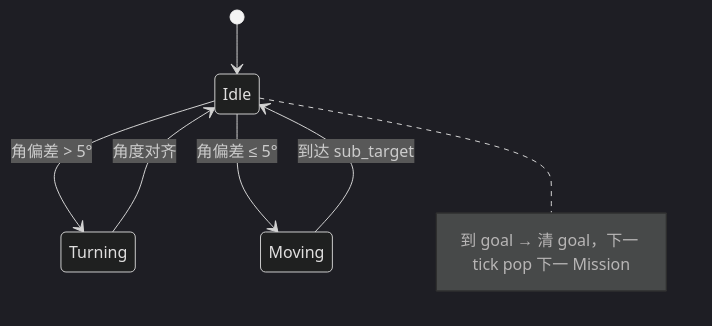
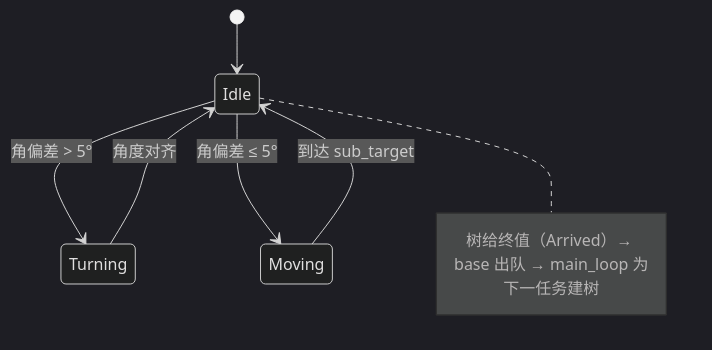
One commit to LYK-ce/Pleiades changed the third of 6 diagrams in Architecture/robot_arch.md. Above: the diagram before and after it, drawn with Mermaid (dark theme). The commit also changed other lines of this file and 73 other files, not shown here.

````diff
--- a/Architecture/robot_arch.md
+++ b/Architecture/robot_arch.md
@@ -181,9 +208,9 @@
 ```mermaid
 stateDiagram-v2
     [*] --> Idle
     Idle --> Turning : 角偏差 > 5°
     Idle --> Moving : 角偏差 ≤ 5°
     Turning --> Idle : 角度对齐
     Moving --> Idle : 到达 sub_target
-    note right of Idle : 到 goal → 清 goal，下一 tick pop 下一 Mission
+    note right of Idle : 树给终值（Arrived）→ base 出队 → main_loop 为下一任务建树
 ```
````
